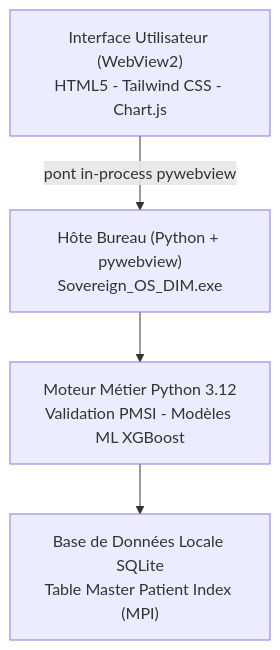
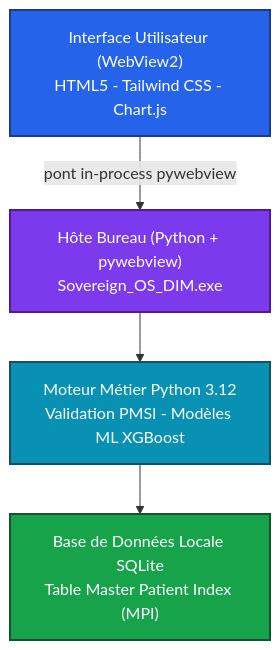
Before and after one commit to Adam-Blf/sovereign_os_dim: the first of 2 diagrams in docs/documentation_securite_dsi.md, drawn with Mermaid. The commit also changed 1 other file, not shown here.

Commit message:
docs: add colors to mermaid diagrams (#10)
Each node gets a palette class (by subgraph or by flow depth), subgraphs are tinted, non-flowchart diagrams use a colored base theme. Validated by rendering every diagram before and after.

````diff
--- a/docs/documentation_securite_dsi.md
+++ b/docs/documentation_securite_dsi.md
@@ -44,11 +44,20 @@
 ```mermaid
 flowchart TB
     UI["Interface Utilisateur (WebView2)<br/>HTML5 - Tailwind CSS - Chart.js"]
     HOST["Hôte Bureau (Python + pywebview)<br/>Sovereign_OS_DIM.exe"]
     API["Moteur Métier Python 3.12<br/>Validation PMSI - Modèles ML XGBoost"]
     DB["Base de Données Locale SQLite<br/>Table Master Patient Index (MPI)"]
 
     UI -->|pont in-process pywebview| HOST
     HOST --> API
     API --> DB
+
+    classDef c0 fill:#2563eb,stroke:#1e3a8a,stroke-width:2px,color:#ffffff
+    classDef c1 fill:#7c3aed,stroke:#4c1d95,stroke-width:2px,color:#ffffff
+    classDef c2 fill:#0891b2,stroke:#164e63,stroke-width:2px,color:#ffffff
+    classDef c3 fill:#16a34a,stroke:#14532d,stroke-width:2px,color:#ffffff
+    class UI c0
+    class HOST c1
+    class API c2
+    class DB c3
 ```
````
